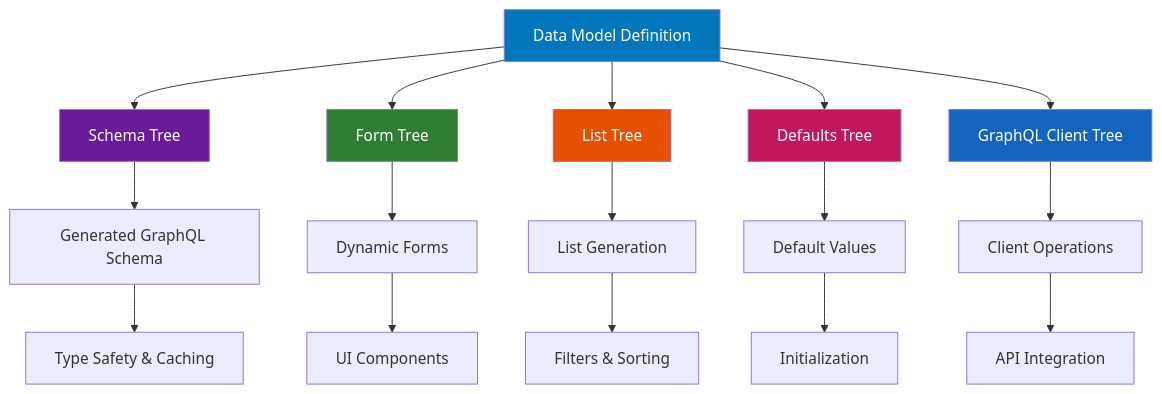
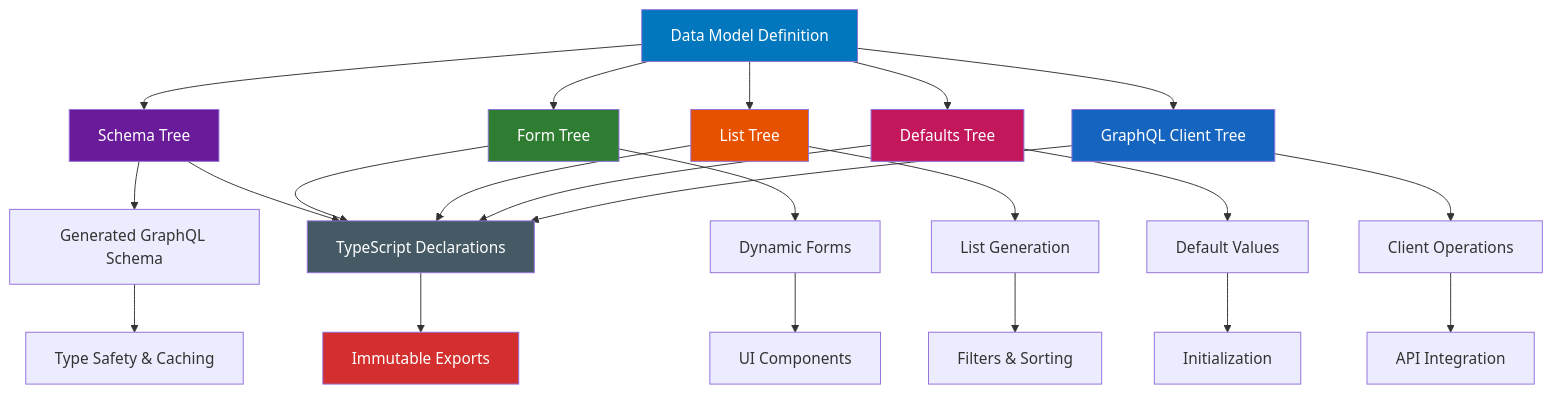
The second of 2 diagrams in readme.md (IEA-Paris/trees), drawn with Mermaid before and after one commit. The commit also changed other lines of this file and 2 other files, not shown here.

````diff
--- a/readme.md
+++ b/readme.md
@@ -257,27 +268,36 @@
 ```mermaid
 graph TD
     A[Data Model Definition] --> B[Schema Tree]
     A --> C[Form Tree]
     A --> D[List Tree]
     A --> E[Defaults Tree]
     A --> F[GraphQL Client Tree]
 
     B --> G[Generated GraphQL Schema]
     C --> H[Dynamic Forms]
     D --> I[List Generation]
     E --> J[Default Values]
     F --> K[Client Operations]
 
     G --> L[Type Safety & Caching]
     H --> M[UI Components]
     I --> N[Filters & Sorting]
     J --> O[Initialization]
     K --> P[API Integration]
 
+    B --> Q[TypeScript Declarations]
+    C --> Q
+    D --> Q
+    E --> Q
+    F --> Q
+    Q --> R[Immutable Exports]
+
     style A fill:#0277bd,color:#fff
     style B fill:#6a1b9a,color:#fff
     style C fill:#2e7d32,color:#fff
     style D fill:#e65100,color:#fff
     style E fill:#c2185b,color:#fff
     style F fill:#1565c0,color:#fff
+    style Q fill:#455a64,color:#fff
+    style R fill:#d32f2f,color:#fff
 ```
````
